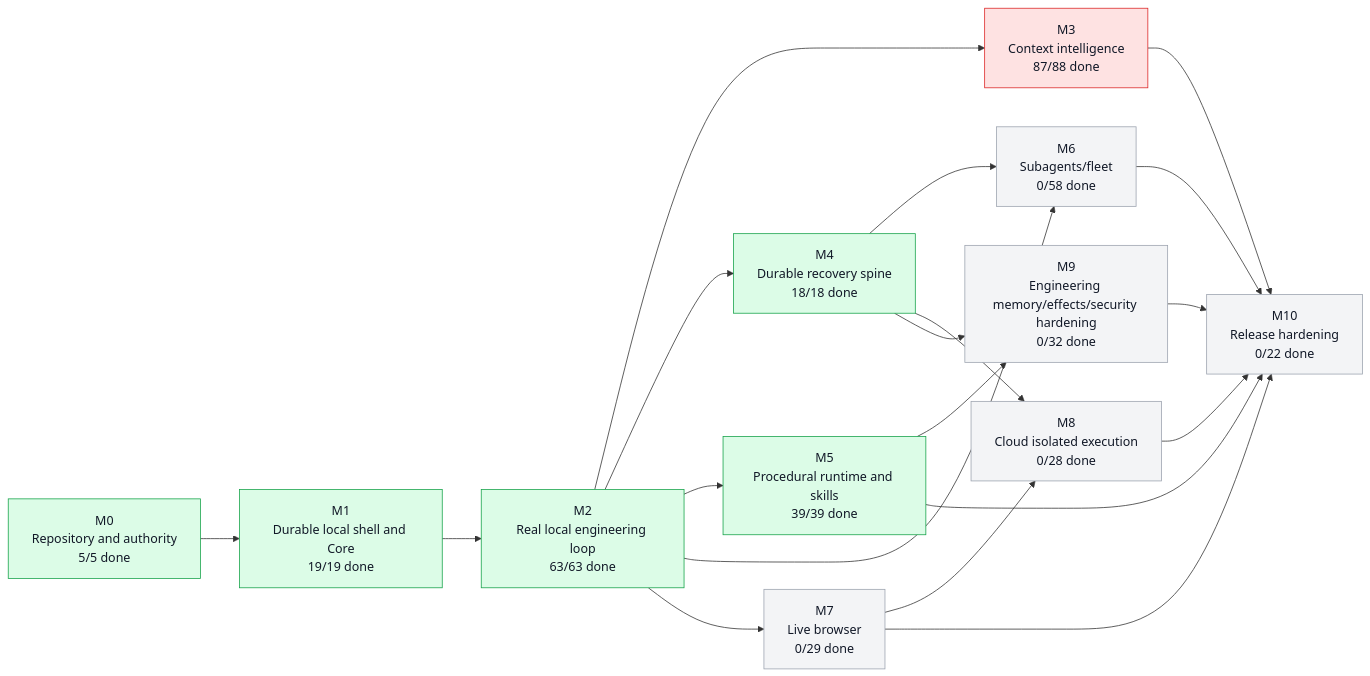
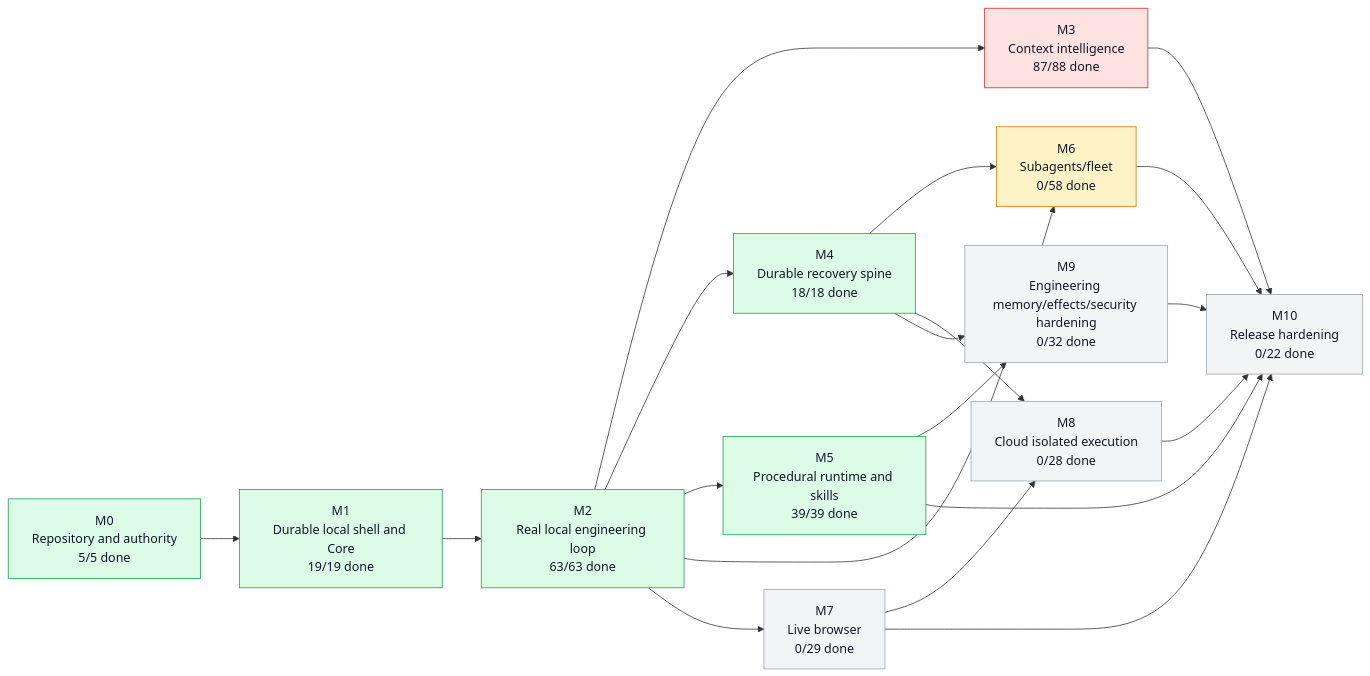
The first of 5 diagrams in graph/PROJECT_GRAPH.md (moss101/modbit), drawn with Mermaid before and after one commit. The commit also changed other lines of this file and 47 other files, not shown here.

````diff
--- a/graph/PROJECT_GRAPH.md
+++ b/graph/PROJECT_GRAPH.md
@@ -57,43 +57,43 @@
 ```mermaid
 flowchart LR
   M0["M0<br/>Repository and authority<br/>5/5 done"]
   M1["M1<br/>Durable local shell and Core<br/>19/19 done"]
   M2["M2<br/>Real local engineering loop<br/>63/63 done"]
   M3["M3<br/>Context intelligence<br/>87/88 done"]
   M4["M4<br/>Durable recovery spine<br/>18/18 done"]
   M5["M5<br/>Procedural runtime and skills<br/>39/39 done"]
   M6["M6<br/>Subagents/fleet<br/>0/58 done"]
   M7["M7<br/>Live browser<br/>0/29 done"]
   M8["M8<br/>Cloud isolated execution<br/>0/28 done"]
   M9["M9<br/>Engineering memory/effects/security hardening<br/>0/32 done"]
   M10["M10<br/>Release hardening<br/>0/22 done"]
   M0 --> M1
   M1 --> M2
   M2 --> M3
   M2 --> M4
   M2 --> M5
   M2 --> M6
   M4 --> M6
   M2 --> M7
   M4 --> M8
   M7 --> M8
   M4 --> M9
   M5 --> M9
   M3 --> M10
   M5 --> M10
   M6 --> M10
   M7 --> M10
   M8 --> M10
   M9 --> M10
   style M0 fill:#dcfce7,stroke:#16a34a,color:#111827
   style M1 fill:#dcfce7,stroke:#16a34a,color:#111827
   style M2 fill:#dcfce7,stroke:#16a34a,color:#111827
   style M3 fill:#fee2e2,stroke:#dc2626,color:#111827
   style M4 fill:#dcfce7,stroke:#16a34a,color:#111827
   style M5 fill:#dcfce7,stroke:#16a34a,color:#111827
-  style M6 fill:#f3f4f6,stroke:#9ca3af,color:#111827
+  style M6 fill:#fef3c7,stroke:#d97706,color:#111827
   style M7 fill:#f3f4f6,stroke:#9ca3af,color:#111827
   style M8 fill:#f3f4f6,stroke:#9ca3af,color:#111827
   style M9 fill:#f3f4f6,stroke:#9ca3af,color:#111827
   style M10 fill:#f3f4f6,stroke:#9ca3af,color:#111827
 ```
````
